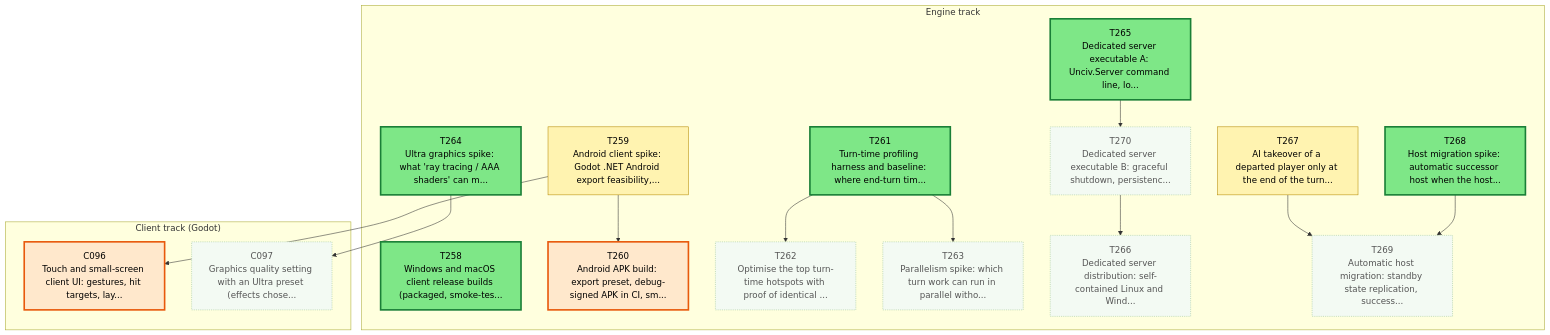
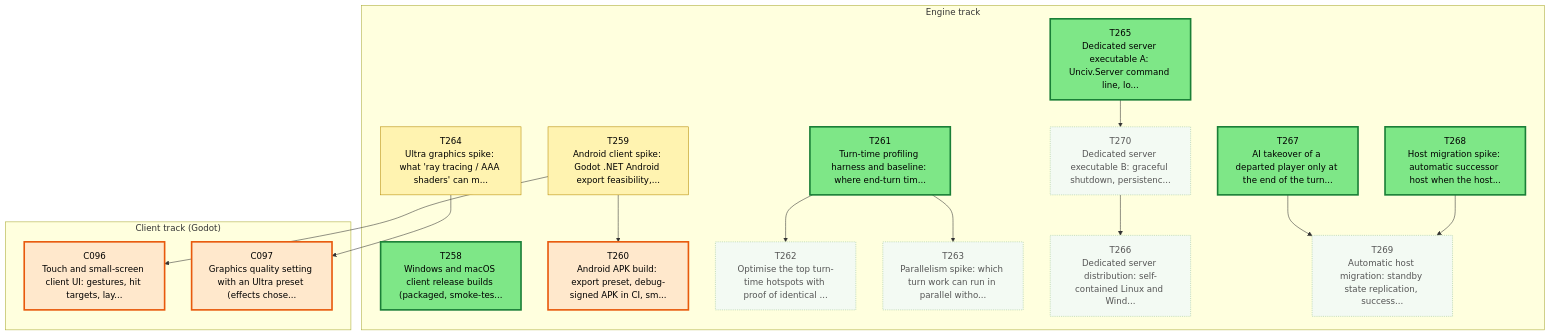
Before and after one commit to Kenmura/Unciv: the first of 3 diagrams in csharp/migration/DEPENDENCY_MAP.md, drawn with Mermaid. The commit also changed other lines of this file and 1 other file, not shown here.

Commit message:
migration: claim T264 [Claude-T264] 2026-10-29T19:51Z

````diff
--- a/csharp/migration/DEPENDENCY_MAP.md
+++ b/csharp/migration/DEPENDENCY_MAP.md
@@ -35,53 +35,53 @@
 ```mermaid
 flowchart TD
   subgraph TTRACK["Engine track"]
     T258["T258<br/>Windows and macOS client release builds (packaged, smoke-tes..."]
     T259["T259<br/>Android client spike: Godot .NET Android export feasibility,..."]
     T260["T260<br/>Android APK build: export preset, debug-signed APK in CI, sm..."]
     T261["T261<br/>Turn-time profiling harness and baseline: where end-turn tim..."]
     T262["T262<br/>Optimise the top turn-time hotspots with proof of identical ..."]
     T263["T263<br/>Parallelism spike: which turn work can run in parallel witho..."]
     T264["T264<br/>Ultra graphics spike: what 'ray tracing / AAA shaders' can m..."]
     T265["T265<br/>Dedicated server executable A: Unciv.Server command line, lo..."]
     T266["T266<br/>Dedicated server distribution: self-contained Linux and Wind..."]
     T267["T267<br/>AI takeover of a departed player only at the end of the turn..."]
     T268["T268<br/>Host migration spike: automatic successor host when the host..."]
     T269["T269<br/>Automatic host migration: standby state replication, success..."]
     T270["T270<br/>Dedicated server executable B: graceful shutdown, persistenc..."]
   end
   subgraph CTRACK["Client track (Godot)"]
     C096["C096<br/>Touch and small-screen client UI: gestures, hit targets, lay..."]
     C097["C097<br/>Graphics quality setting with an Ultra preset (effects chose..."]
   end
   T259 --> T260
   T261 --> T262
   T261 --> T263
   T270 --> T266
   T268 --> T269
   T267 --> T269
   T265 --> T270
   T259 --> C096
   T264 --> C097
   classDef waiting fill:#f3faf3,stroke:#9bc49b,color:#555,stroke-dasharray:2 2
   classDef ondeck fill:#ffe8cc,stroke:#e8590c,stroke-width:3px,color:#000
   classDef ready fill:#7ee787,stroke:#1a7f37,stroke-width:3px,color:#000
   classDef prog fill:#fff3b0,stroke:#b58900,color:#000
   classDef review fill:#cfe4ff,stroke:#1f6feb,color:#000
   classDef blocked fill:#ffd6d6,stroke:#c62828,color:#000
   classDef done fill:#eeeeee,stroke:#999999,color:#666,stroke-dasharray:4 3
   class C096 ondeck
-  class C097 waiting
+  class C097 ondeck
   class T258 ready
   class T259 prog
   class T260 ondeck
   class T261 ready
   class T262 waiting
   class T263 waiting
-  class T264 ready
+  class T264 prog
   class T265 ready
   class T266 waiting
-  class T267 prog
+  class T267 ready
   class T268 ready
   class T269 waiting
   class T270 waiting
 ```
````
